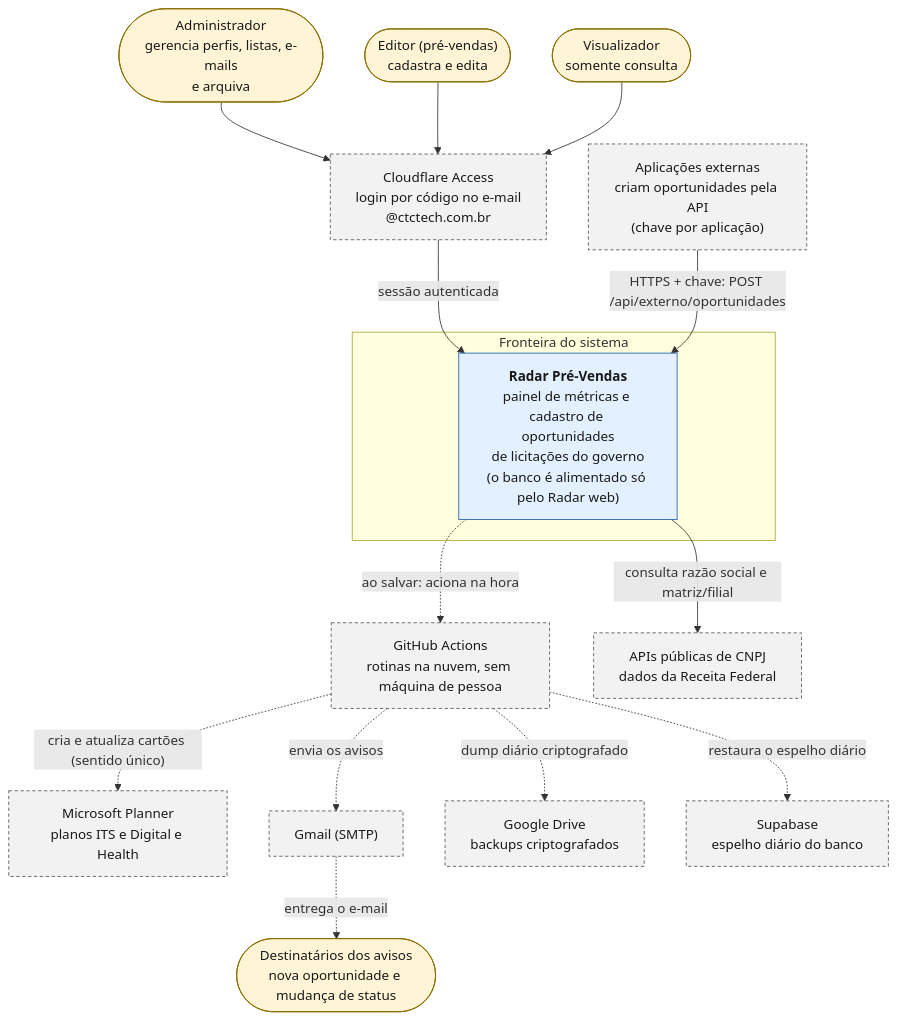
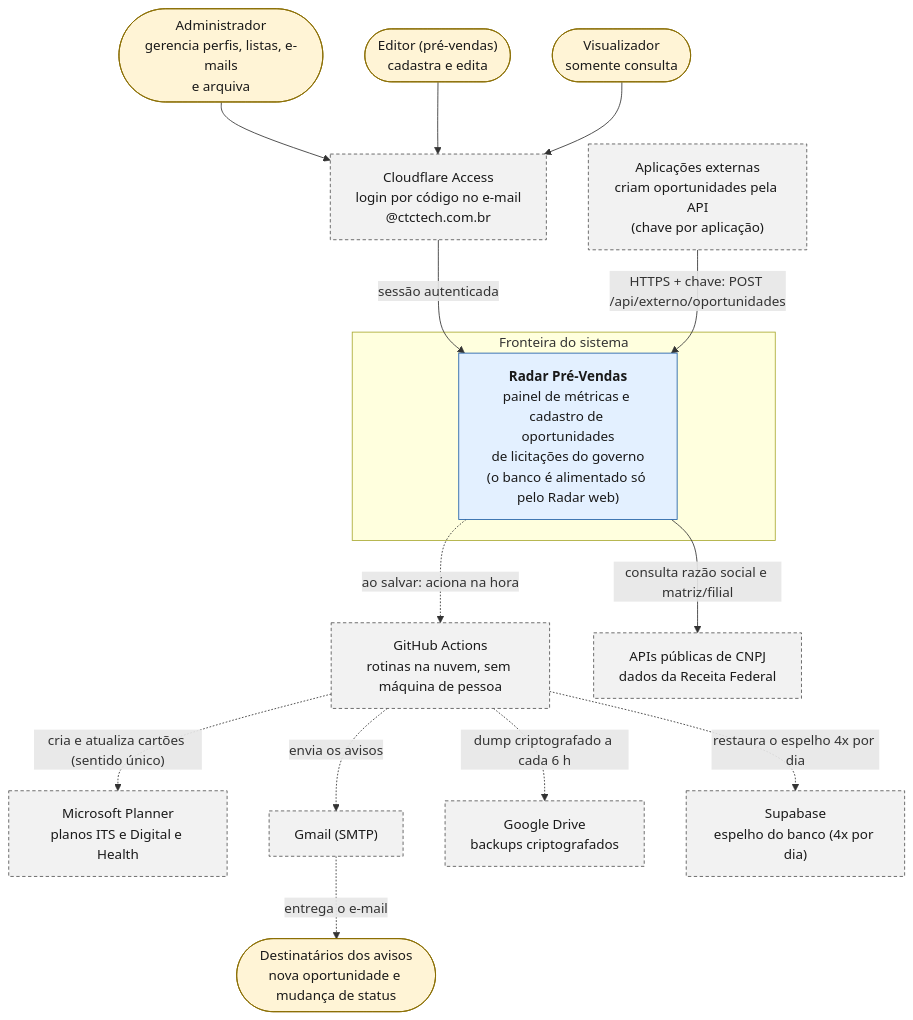
One commit to agentanalisedegoverno-svg/dashboard-metrics-team changed the second of 22 diagrams in docs/DIAGRAMAS.md. Above: the diagram before and after it, drawn with Mermaid. The commit also changed other lines of this file and 6 other files, not shown here.

First line of the commit message:
docs: regera os diagramas D02, D03, D12, D15 e D17 com a arquitetura atual (Azure)

````diff
--- a/docs/DIAGRAMAS.md
+++ b/docs/DIAGRAMAS.md
@@ -59,38 +59,38 @@
 ```mermaid
 flowchart TB
   classDef pessoa fill:#fff4d6,stroke:#8a6d00,color:#1a1a1a
   classDef interno fill:#e3f0ff,stroke:#1f5fa8,color:#1a1a1a
   classDef externo fill:#f2f2f2,stroke:#555555,stroke-dasharray:4 3,color:#1a1a1a
 
   adm(["Administrador<br/>gerencia perfis, listas, e-mails<br/>e arquiva"]):::pessoa
   edt(["Editor (pré-vendas)<br/>cadastra e edita"]):::pessoa
   vis(["Visualizador<br/>somente consulta"]):::pessoa
   dest(["Destinatários dos avisos<br/>nova oportunidade e mudança de status"]):::pessoa
 
   access["Cloudflare Access<br/>login por código no e-mail<br/>@ctctech.com.br"]:::externo
 
   subgraph fronteira["Fronteira do sistema"]
     radar["<b>Radar Pré-Vendas</b><br/>painel de métricas e cadastro de oportunidades<br/>de licitações do governo<br/>(o banco é alimentado só pelo Radar web)"]:::interno
   end
 
   gh["GitHub Actions<br/>rotinas na nuvem, sem máquina de pessoa"]:::externo
   ext["Aplicações externas<br/>criam oportunidades pela API<br/>(chave por aplicação)"]:::externo
   planner["Microsoft Planner<br/>planos ITS e Digital e Health"]:::externo
   gmail["Gmail (SMTP)"]:::externo
   receita["APIs públicas de CNPJ<br/>dados da Receita Federal"]:::externo
   drive["Google Drive<br/>backups criptografados"]:::externo
-  supa["Supabase<br/>espelho diário do banco"]:::externo
+  supa["Supabase<br/>espelho do banco (4x por dia)"]:::externo
 
   adm --> access
   edt --> access
   vis --> access
   access -->|"sessão autenticada"| radar
   ext -->|"HTTPS + chave: POST /api/externo/oportunidades"| radar
   radar -->|"consulta razão social e matriz/filial"| receita
   radar -.->|"ao salvar: aciona na hora"| gh
   gh -.->|"cria e atualiza cartões (sentido único)"| planner
   gh -.->|"envia os avisos"| gmail
   gmail -.->|"entrega o e-mail"| dest
-  gh -.->|"dump diário criptografado"| drive
-  gh -.->|"restaura o espelho diário"| supa
+  gh -.->|"dump criptografado a cada 6 h"| drive
+  gh -.->|"restaura o espelho 4x por dia"| supa
 ```
````
